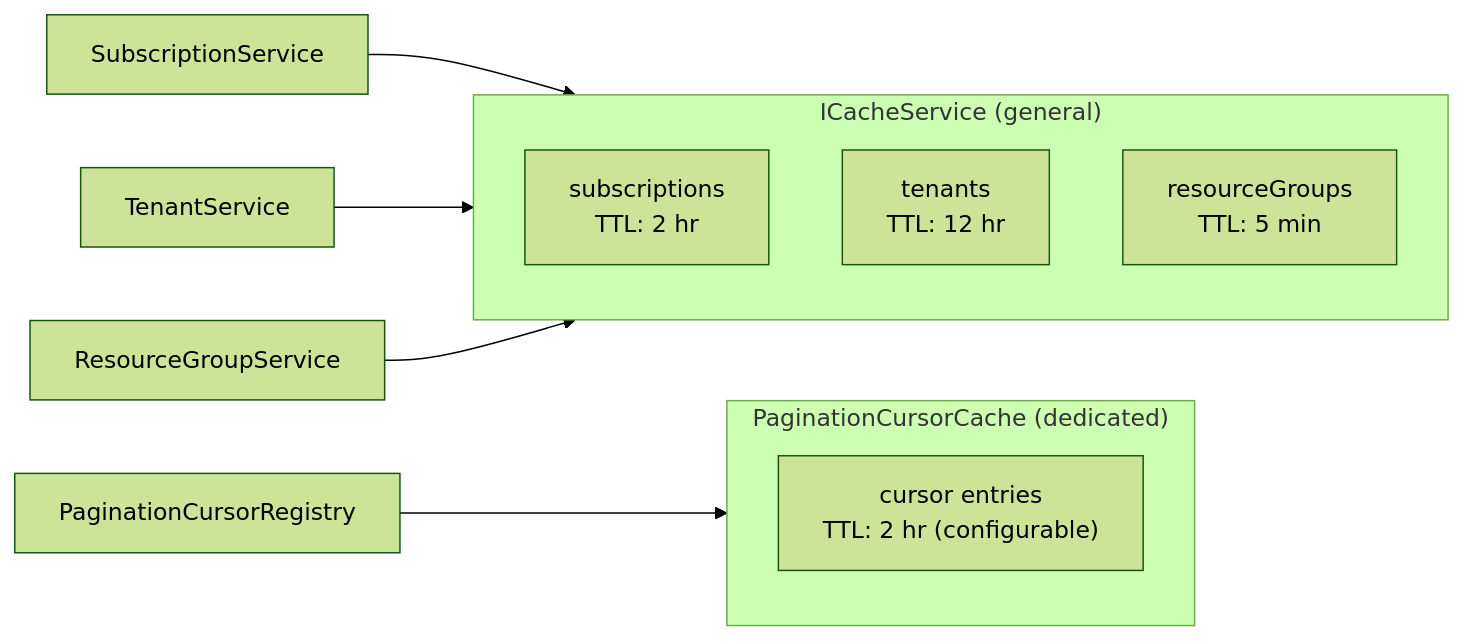
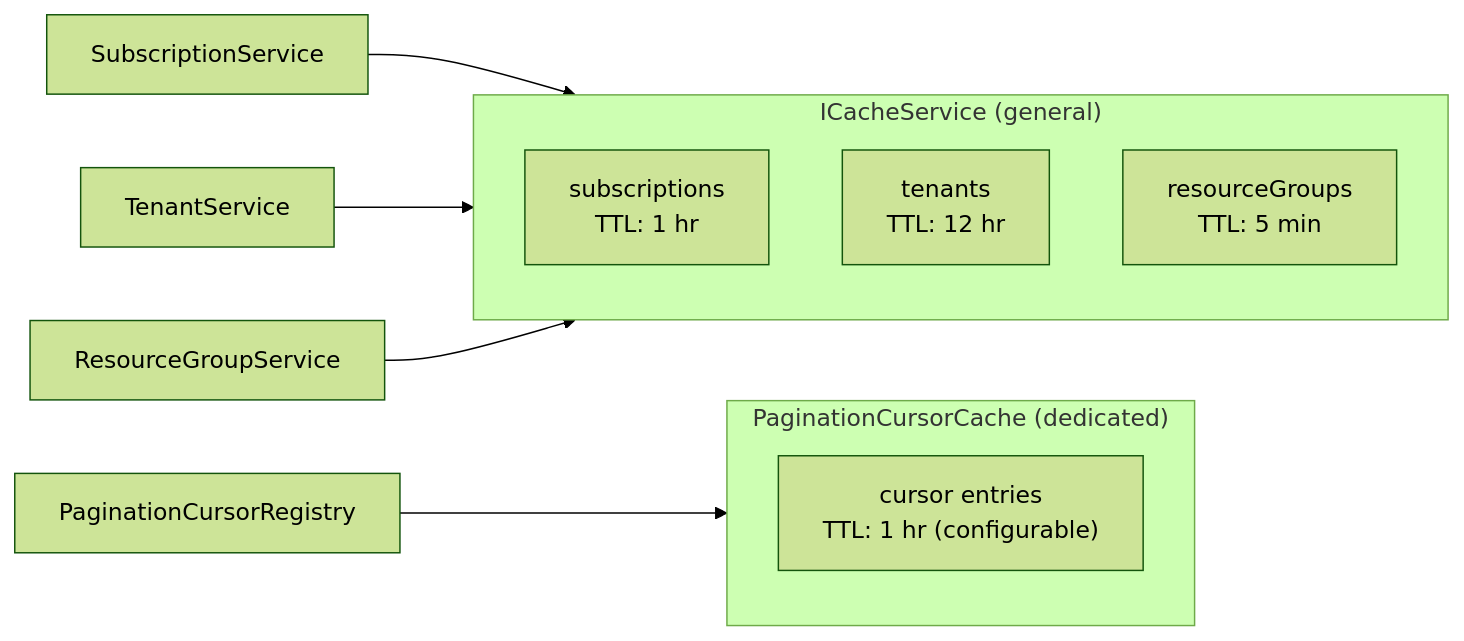
One commit to srnagar/mcp changed the fourth of 4 diagrams in docs/design/pagination-design-proposal.md. Above: the diagram before and after it, drawn with Mermaid (forest theme). The commit also changed other lines of this file and 4 other files, not shown here.

````diff
--- a/docs/design/pagination-design-proposal.md
+++ b/docs/design/pagination-design-proposal.md
@@ -467,19 +461,19 @@
 ```mermaid
 graph LR
     subgraph GeneralCache["ICacheService (general)"]
         direction TB
-        G1["subscriptions<br/>TTL: 2 hr"]
+        G1["subscriptions<br/>TTL: 1 hr"]
         G2["tenants<br/>TTL: 12 hr"]
         G3["resourceGroups<br/>TTL: 5 min"]
     end
 
     subgraph PaginationStore["PaginationCursorCache (dedicated)"]
         direction TB
-        G4["cursor entries<br/>TTL: 2 hr (configurable)"]
+        G4["cursor entries<br/>TTL: 1 hr (configurable)"]
     end
 
     SS["SubscriptionService"] --> G1
     TS["TenantService"] --> G2
     RGS["ResourceGroupService"] --> G3
     PCR2["PaginationCursorRegistry"] --> G4
 ```
````
